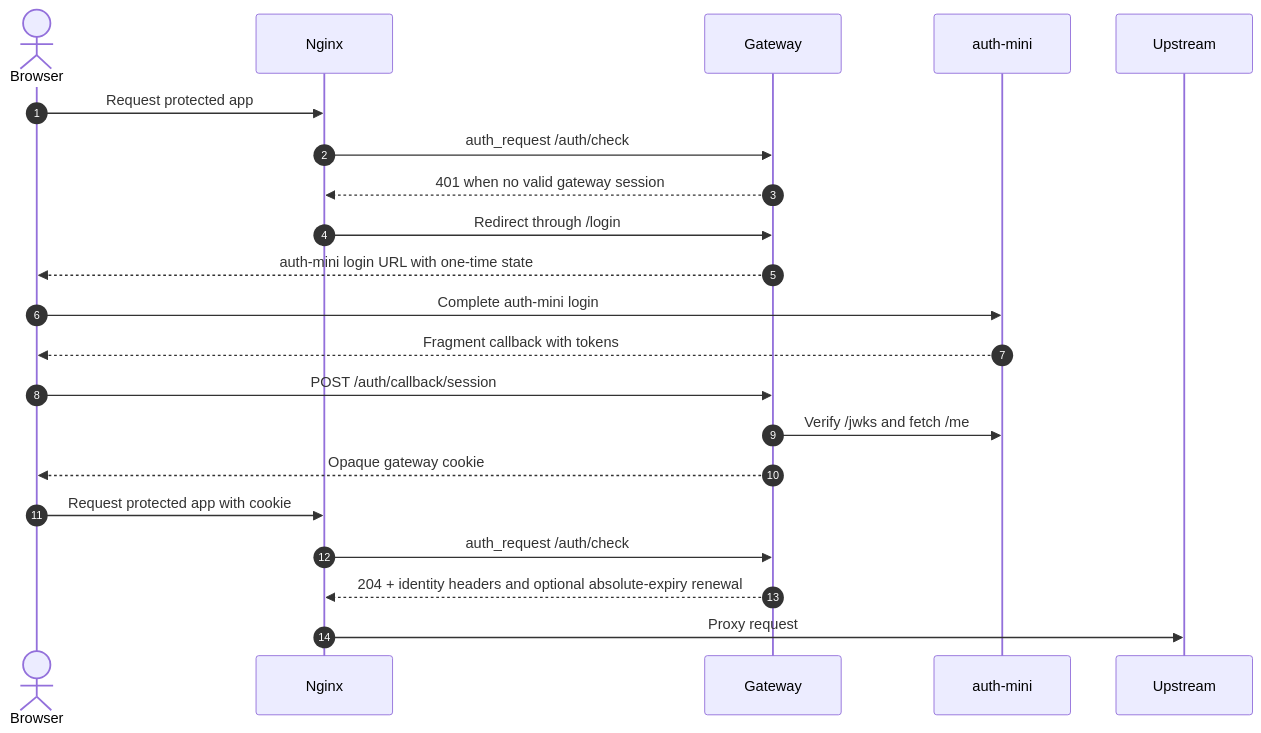
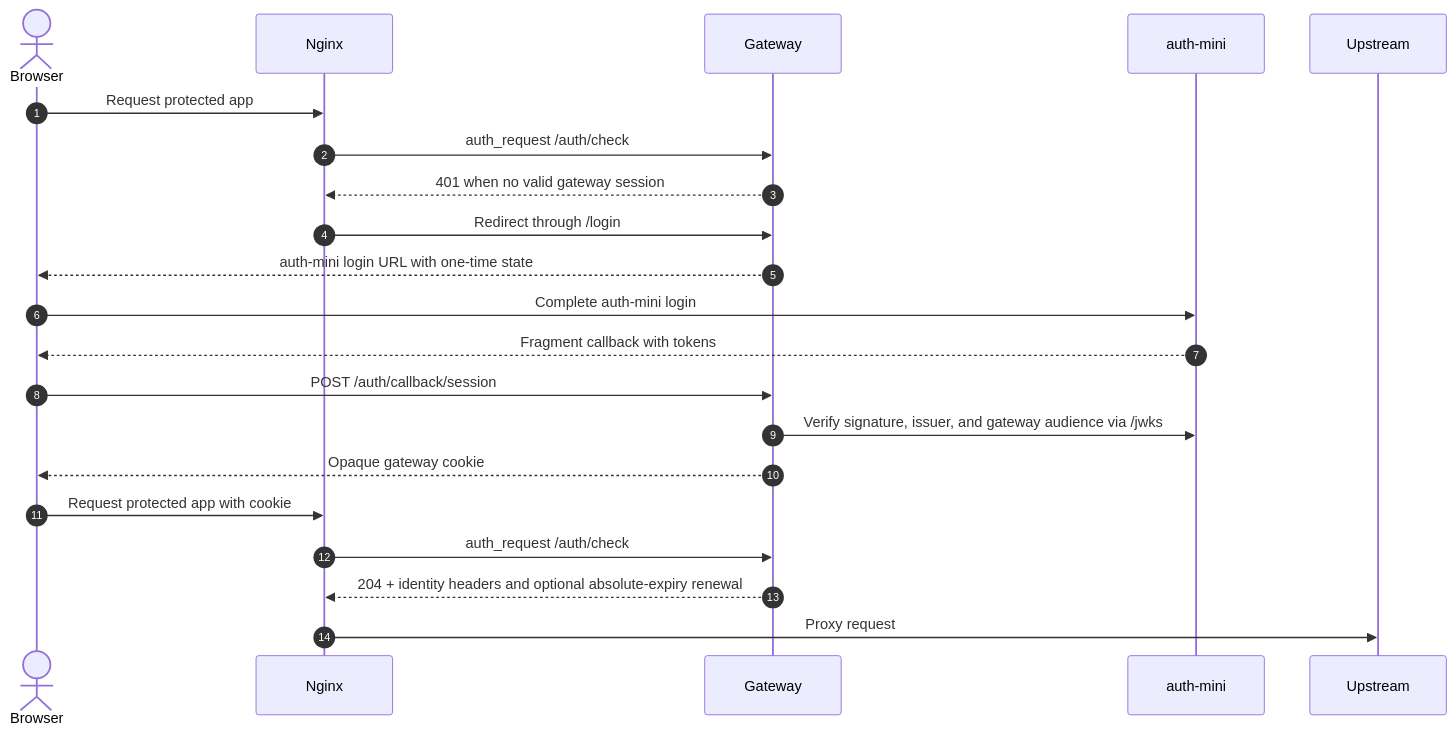
The diagram in docs/README.md (Thrimbda/auth-mini-gateway), drawn with Mermaid before and after one commit. The commit also changed other lines of this file and 37 other files, not shown here.

Commit message:
fix: support audience-bound auth-mini login (#16)

````diff
--- a/docs/README.md
+++ b/docs/README.md
@@ -34,24 +34,24 @@
 ```mermaid
 sequenceDiagram
     autonumber
     actor Browser
     participant Nginx
     participant Gateway
     participant Auth as auth-mini
     participant Upstream
 
     Browser->>Nginx: Request protected app
     Nginx->>Gateway: auth_request /auth/check
     Gateway-->>Nginx: 401 when no valid gateway session
     Nginx->>Gateway: Redirect through /login
     Gateway-->>Browser: auth-mini login URL with one-time state
     Browser->>Auth: Complete auth-mini login
     Auth-->>Browser: Fragment callback with tokens
     Browser->>Gateway: POST /auth/callback/session
-    Gateway->>Auth: Verify /jwks and fetch /me
+    Gateway->>Auth: Verify signature, issuer, and gateway audience via /jwks
     Gateway-->>Browser: Opaque gateway cookie
     Browser->>Nginx: Request protected app with cookie
     Nginx->>Gateway: auth_request /auth/check
     Gateway-->>Nginx: 204 + identity headers and optional absolute-expiry renewal
     Nginx->>Upstream: Proxy request
 ```
````
